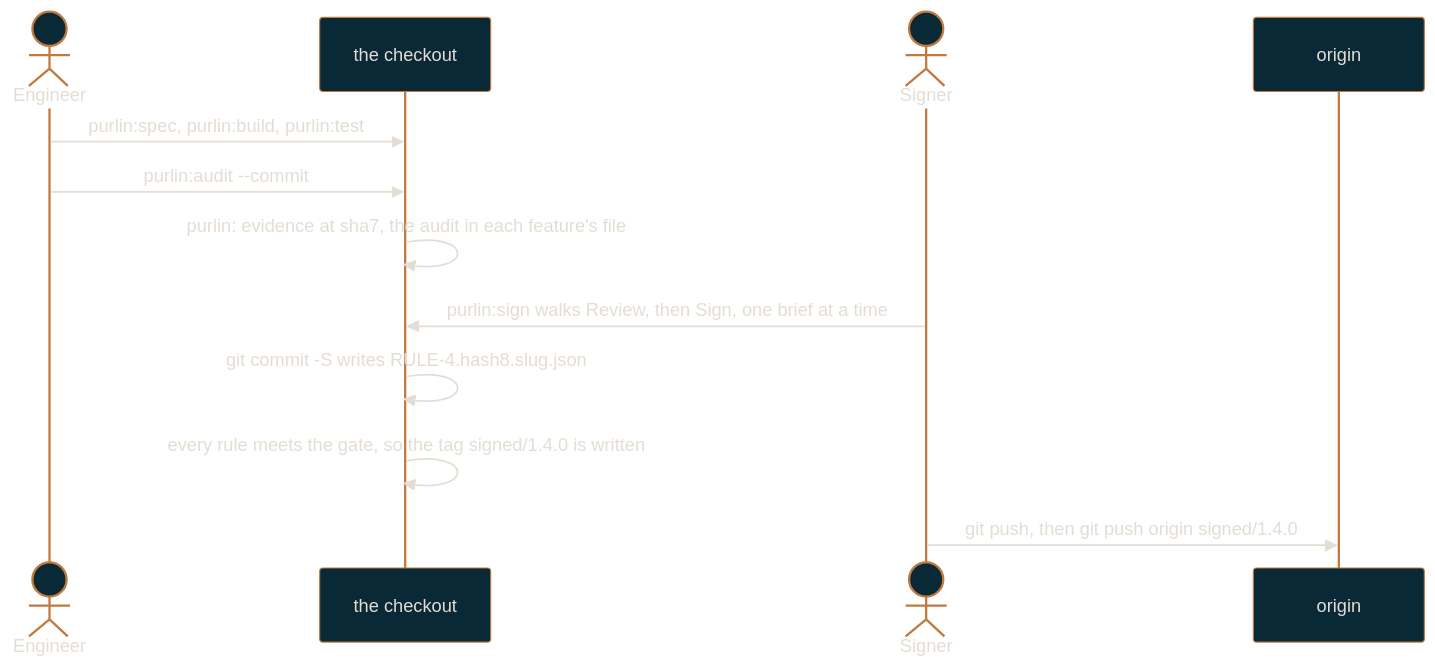
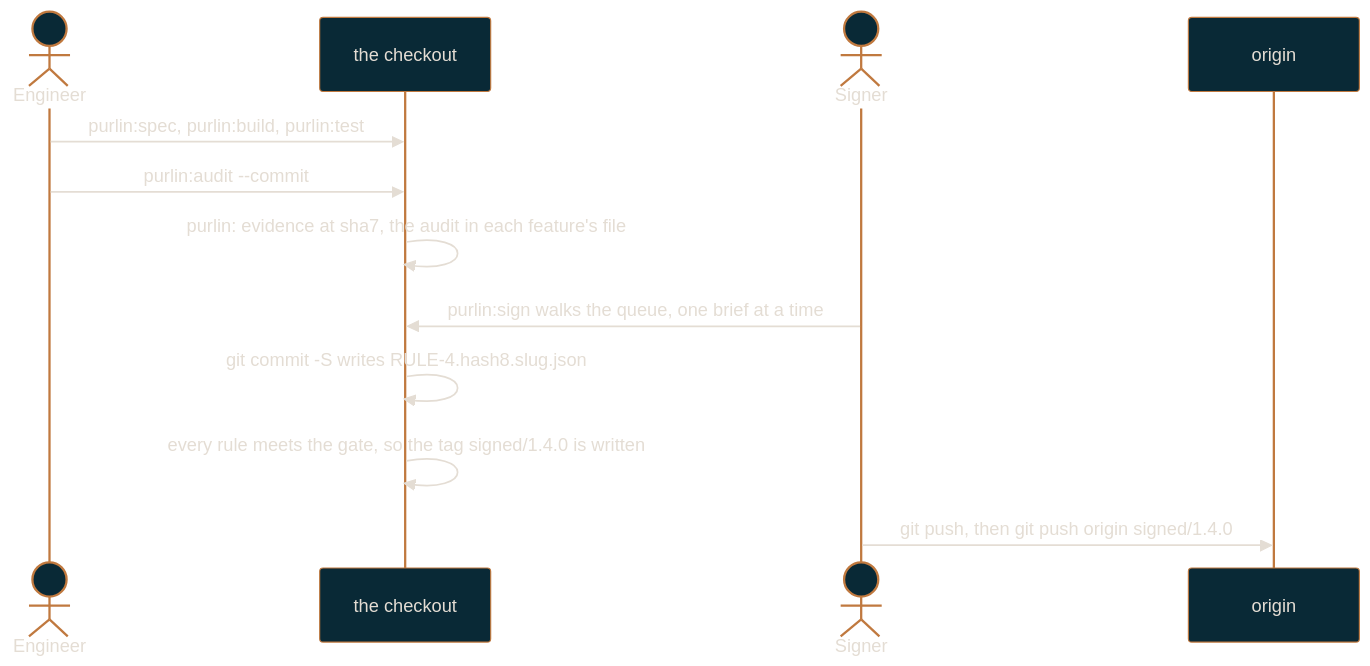
The diagram in docs/regulated-workflow.md (rlabarca/purlin), drawn with Mermaid before and after one commit. The commit also changed other lines of this file and 27 other files, not shown here.

````diff
--- a/docs/regulated-workflow.md
+++ b/docs/regulated-workflow.md
@@ -36,15 +36,15 @@
 ```mermaid
 %%{init: {"theme": "base", "themeVariables": {"background": "#0C3444", "primaryColor": "#092936", "primaryTextColor": "#E4DDD4", "primaryBorderColor": "#C0793F", "lineColor": "#C0793F", "secondaryColor": "#0C3444", "tertiaryColor": "#092936", "fontFamily": "Arial", "textColor": "#E4DDD4"}}}%%
 sequenceDiagram
     actor Engineer
     participant Tree as the checkout
     actor Signer
     participant Origin as origin
     Engineer->>Tree: purlin:spec, purlin:build, purlin:test
     Engineer->>Tree: purlin:audit --commit
     Tree->>Tree: purlin: evidence at sha7, the audit in each feature's file
-    Signer->>Tree: purlin:sign walks Review, then Sign, one brief at a time
+    Signer->>Tree: purlin:sign walks the queue, one brief at a time
     Tree->>Tree: git commit -S writes RULE-4.hash8.slug.json
     Tree->>Tree: every rule meets the gate, so the tag signed/1.4.0 is written
     Signer->>Origin: git push, then git push origin signed/1.4.0
 ```
````
